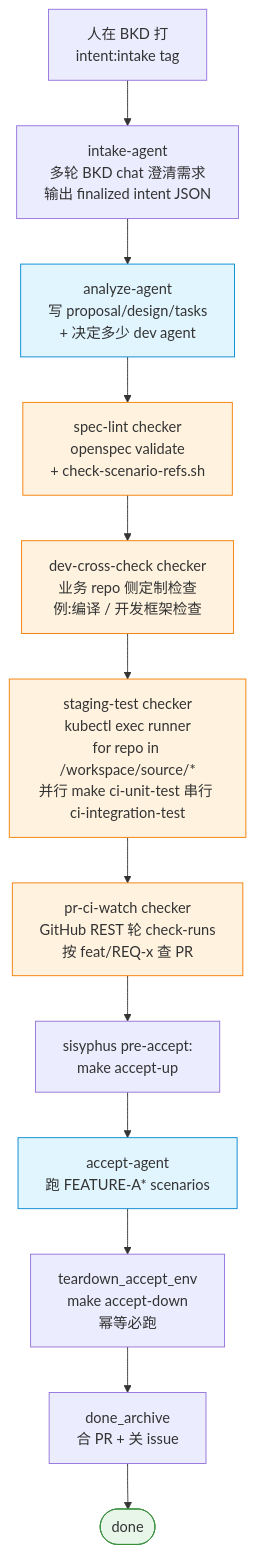
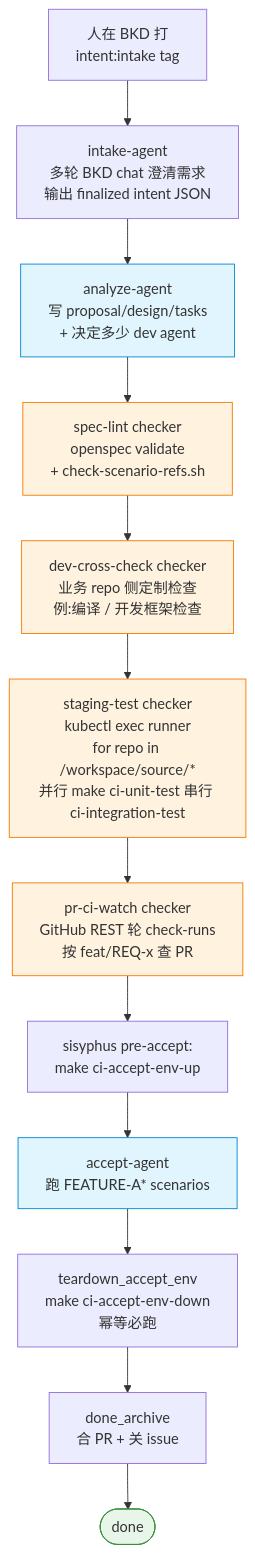
Before and after one commit to phona/sisyphus: the first of 4 diagrams in docs/architecture.md, drawn with Mermaid. The commit also changed other lines of this file and 6 other files, not shown here.

````diff
--- a/docs/architecture.md
+++ b/docs/architecture.md
@@ -47,25 +47,25 @@
 ```mermaid
 flowchart TD
     Human[人在 BKD 打<br/>intent:intake tag]
     Intake[intake-agent<br/>多轮 BKD chat 澄清需求<br/>输出 finalized intent JSON]
     Analyze[analyze-agent<br/>写 proposal/design/tasks<br/>+ 决定多少 dev agent]
     SpecLint[spec-lint checker<br/>openspec validate<br/>+ check-scenario-refs.sh]
     DevCheck[dev-cross-check checker<br/>业务 repo 侧定制检查<br/>例:编译 / 开发框架检查]
     Staging[staging-test checker<br/>kubectl exec runner<br/>for repo in /workspace/source/*<br/>并行 make ci-unit-test 串行 ci-integration-test]
     PRCI[pr-ci-watch checker<br/>GitHub REST 轮 check-runs<br/>按 feat/REQ-x 查 PR]
-    EnvUp[sisyphus pre-accept:<br/>make accept-up]
+    EnvUp[sisyphus pre-accept:<br/>make ci-accept-env-up]
     Accept[accept-agent<br/>跑 FEATURE-A* scenarios]
-    Teardown[teardown_accept_env<br/>make accept-down<br/>幂等必跑]
+    Teardown[teardown_accept_env<br/>make ci-accept-env-down<br/>幂等必跑]
     Archive[done_archive<br/>合 PR + 关 issue]
     Done([done])
 
     Human --> Intake --> Analyze --> SpecLint --> DevCheck --> Staging --> PRCI --> EnvUp --> Accept --> Teardown --> Archive --> Done
 
     classDef agent fill:#e1f5ff,stroke:#0288d1
     classDef checker fill:#fff3e0,stroke:#f57c00
     classDef terminal fill:#e8f5e9,stroke:#388e3c
 
     class Analyze,Accept agent
     class SpecLint,DevCheck,Staging,PRCI checker
     class Done terminal
 ```
````
